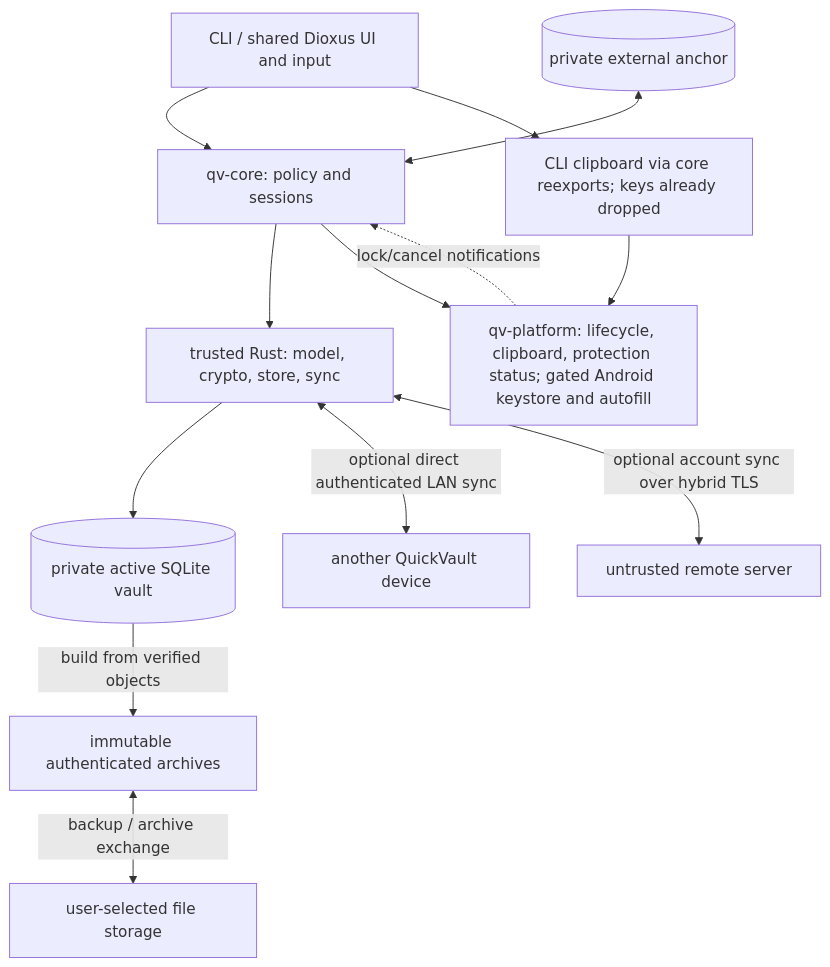
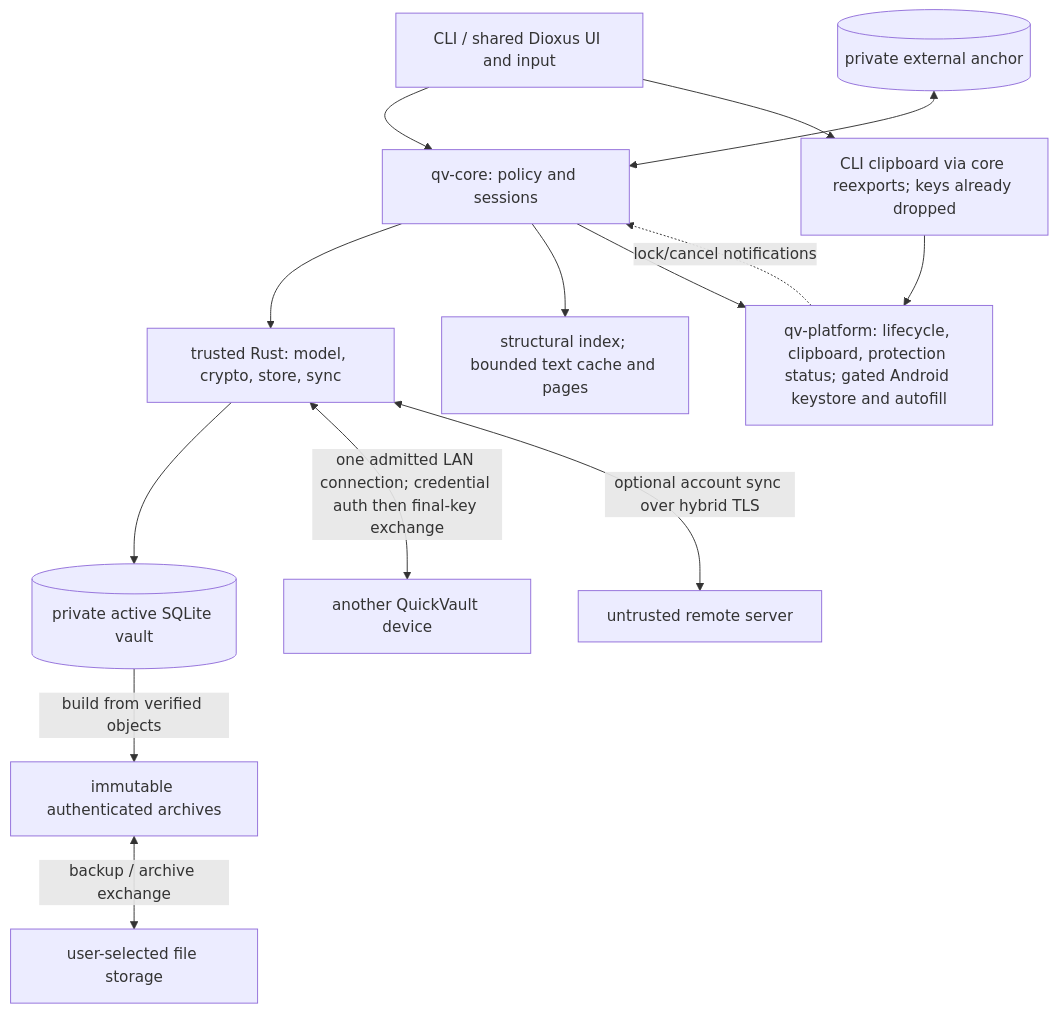
The diagram in ARCHITECTURE.md (rdbo/quickvault), drawn with Mermaid before and after one commit. The commit also changed other lines of this file and 303 other files, not shown here.

````diff
--- a/ARCHITECTURE.md
+++ b/ARCHITECTURE.md
@@ -451,15 +456,16 @@
 ```mermaid
 flowchart TB
     ui["CLI / shared Dioxus UI and input"] --> core["qv-core: policy and sessions"]
     core --> rust["trusted Rust: model, crypto, store, sync"]
+    core --> views["structural index; bounded text cache and pages"]
     core --> platform["qv-platform: lifecycle, clipboard, protection status; gated Android keystore and autofill"]
     platform -. "lock/cancel notifications" .-> core
     ui --> clip["CLI clipboard via core reexports; keys already dropped"]
     clip --> platform
     rust --> db[("private active SQLite vault")]
     db -->|"build from verified objects"| snapshot["immutable authenticated archives"]
     snapshot <-->|"backup / archive exchange"| files["user-selected file storage"]
-    rust <-->|"optional direct authenticated LAN sync"| peer["another QuickVault device"]
+    rust <-->|"one admitted LAN connection; credential auth then final-key exchange"| peer["another QuickVault device"]
     rust <-->|"optional account sync over hybrid TLS"| server["untrusted remote server"]
     anchor[("private external anchor")] <--> core
 ```
````
